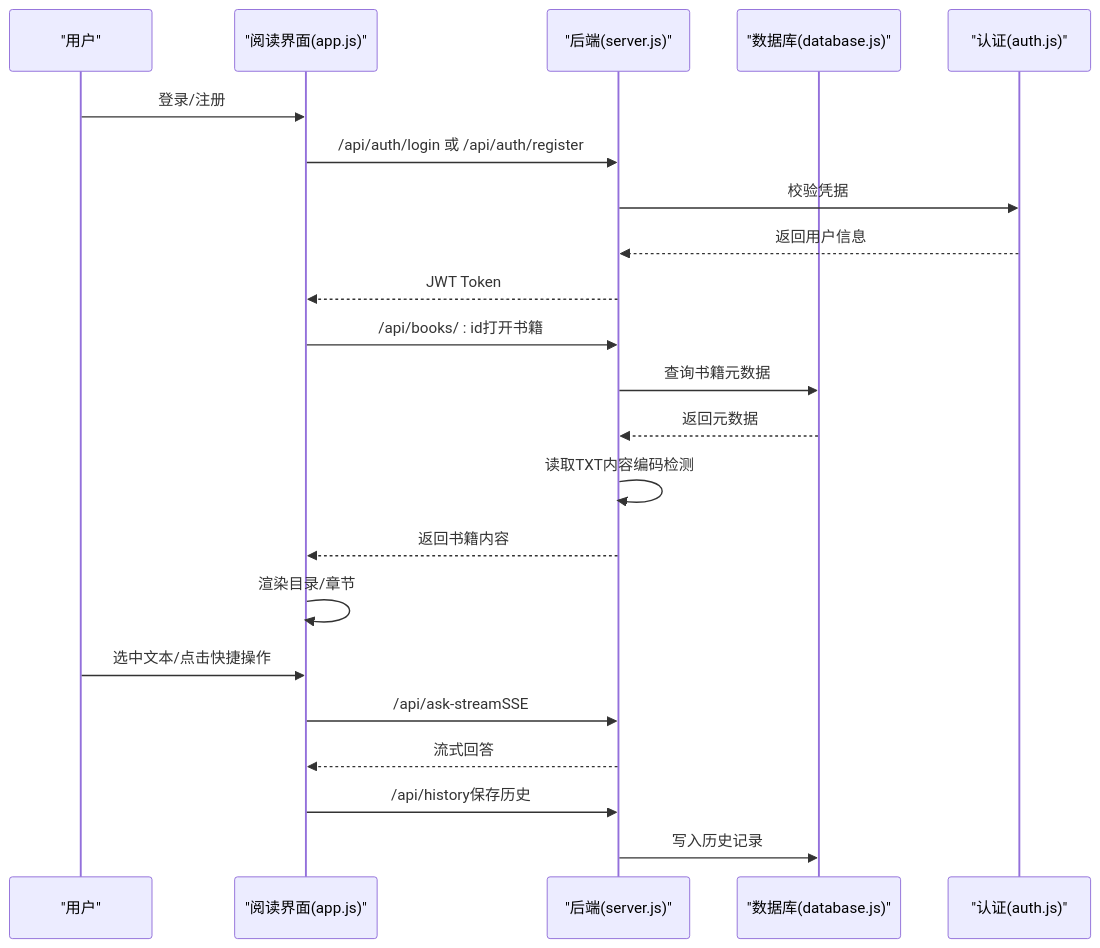
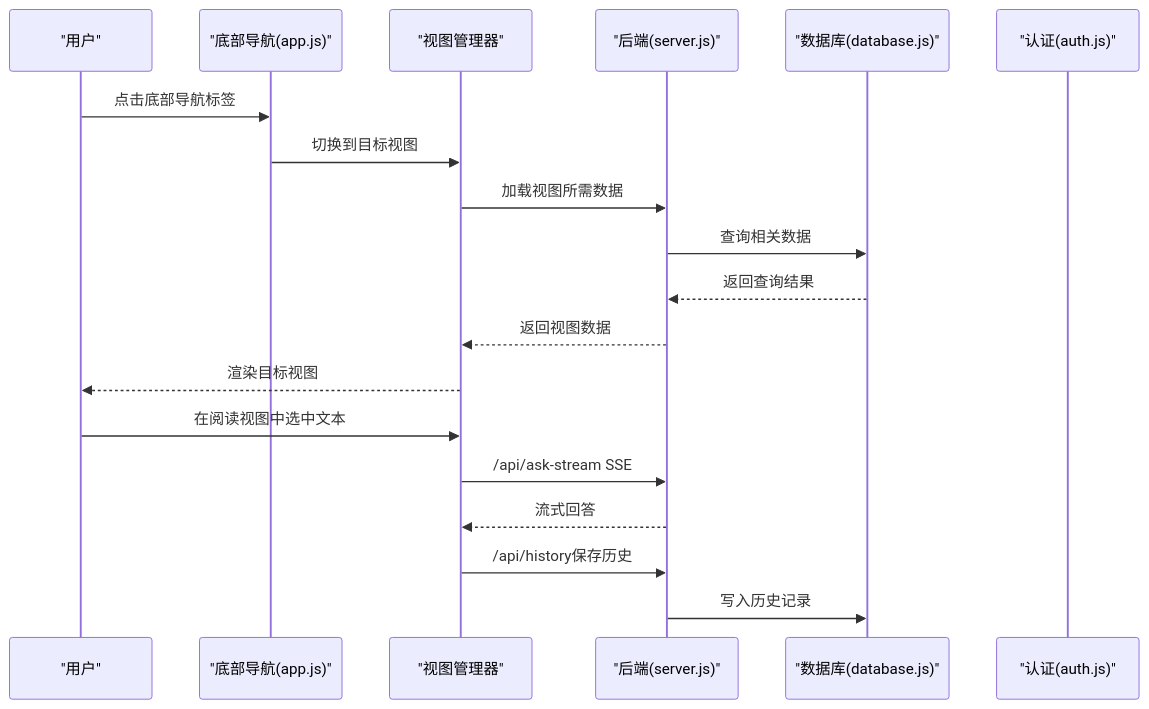
Before and after one commit to 1431529361/aread: the second of 4 diagrams in .qoder/repowiki/zh/content/用户指南/阅读体验.md, drawn with Mermaid. The commit also changed other lines of this file and 32 other files, not shown here.

````diff
--- a/.qoder/repowiki/zh/content/用户指南/阅读体验.md
+++ b/.qoder/repowiki/zh/content/用户指南/阅读体验.md
@@ -103,24 +125,21 @@
 ```mermaid
 sequenceDiagram
 participant U as "用户"
-participant UI as "阅读界面(app.js)"
+participant NAV as "底部导航(app.js)"
+participant VIEW as "视图管理器"
 participant S as "后端(server.js)"
 participant D as "数据库(database.js)"
 participant A as "认证(auth.js)"
-U->>UI : 登录/注册
-UI->>S : /api/auth/login 或 /api/auth/register
-S->>A : 校验凭据
-A-->>S : 返回用户信息
-S-->>UI : JWT Token
-UI->>S : /api/books/ : id打开书籍
-S->>D : 查询书籍元数据
-D-->>S : 返回元数据
-S->>S : 读取TXT内容编码检测
-S-->>UI : 返回书籍内容
-UI->>UI : 渲染目录/章节
-U->>UI : 选中文本/点击快捷操作
-UI->>S : /api/ask-streamSSE
-S-->>UI : 流式回答
-UI->>S : /api/history保存历史
+U->>NAV : 点击底部导航标签
+NAV->>VIEW : 切换到目标视图
+VIEW->>S : 加载视图所需数据
+S->>D : 查询相关数据
+D-->>S : 返回查询结果
+S-->>VIEW : 返回视图数据
+VIEW-->>U : 渲染目标视图
+U->>VIEW : 在阅读视图中选中文本
+VIEW->>S : /api/ask-stream SSE
+S-->>VIEW : 流式回答
+VIEW->>S : /api/history保存历史
 S->>D : 写入历史记录
 ```
````
